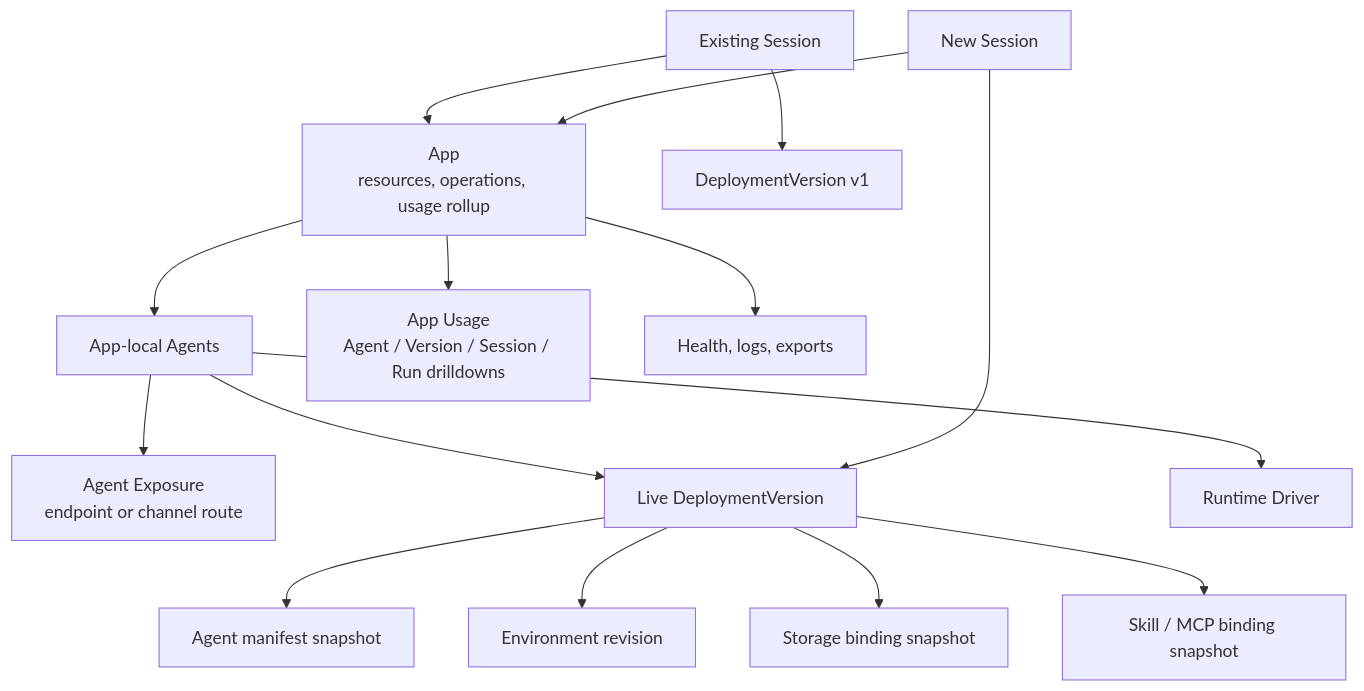
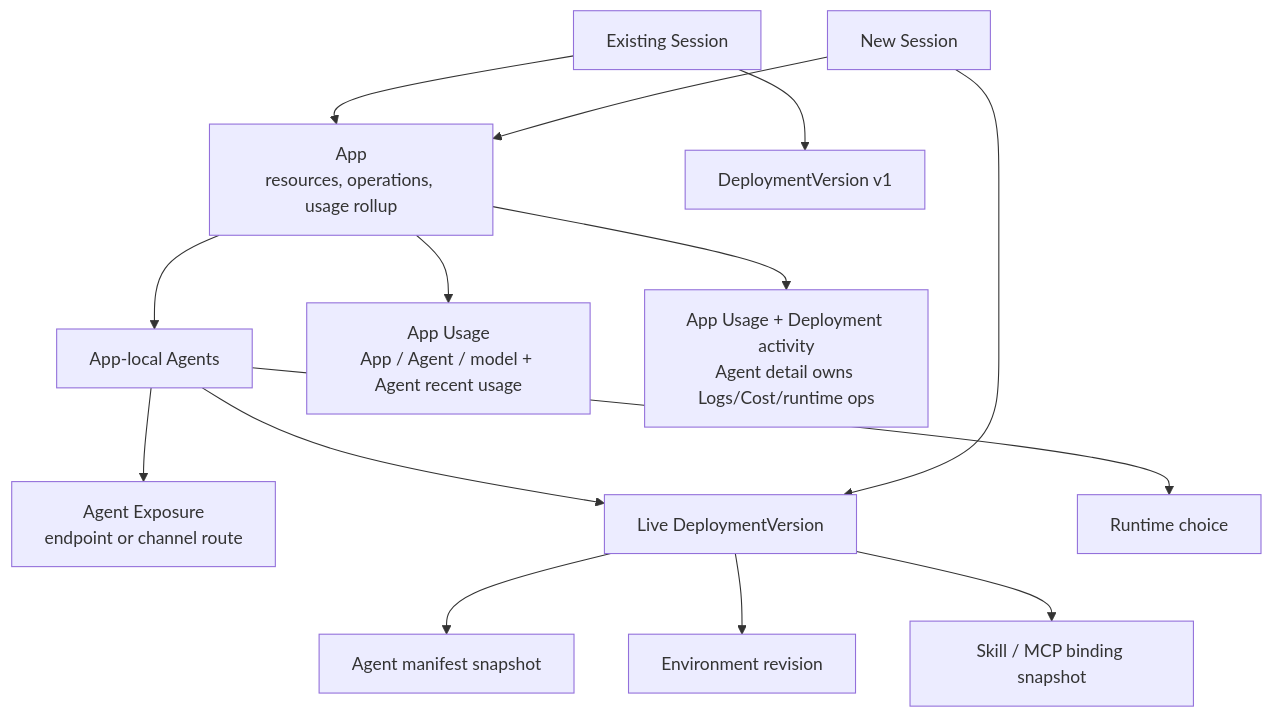
The first of 2 diagrams in docs/prd/agent-service-identity.md (langgenius/mosoo), drawn with Mermaid before and after one commit. The commit also changed other lines of this file and 66 other files, not shown here.

````diff
--- a/docs/prd/agent-service-identity.md
+++ b/docs/prd/agent-service-identity.md
@@ -79,21 +85,20 @@
 ```mermaid
 flowchart TD
   App["App<br/>resources, operations, usage rollup"] --> Agents["App-local Agents"]
-  App --> Usage["App Usage<br/>Agent / Version / Session / Run drilldowns"]
-  App --> Ops["Health, logs, exports"]
+  App --> Usage["App Usage<br/>App / Agent / model + Agent recent usage"]
+  App --> Ops["App Usage + Deployment activity<br/>Agent detail owns Logs/Cost/runtime ops"]
 
   Agents --> Exposure["Agent Exposure<br/>endpoint or channel route"]
   Agents --> Live["Live DeploymentVersion"]
-  Agents --> Runtime["Runtime Driver"]
+  Agents --> Runtime["Runtime choice"]
 
   Live --> Manifest["Agent manifest snapshot"]
   Live --> EnvRef["Environment revision"]
-  Live --> StorageRefs["Storage binding snapshot"]
   Live --> ToolRefs["Skill / MCP binding snapshot"]
 
   SessionA["Existing Session"] --> Version1["DeploymentVersion v1"]
   SessionB["New Session"] --> Live
 
   SessionA --> App
   SessionB --> App
 ```
````
